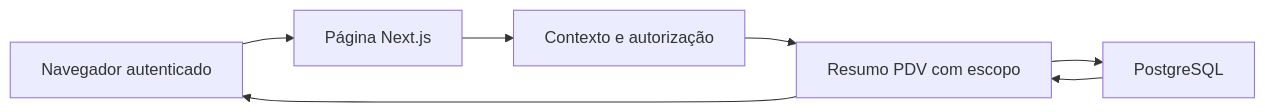
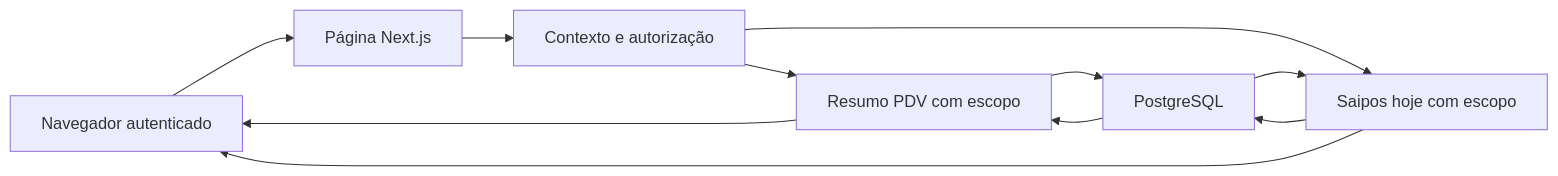
The diagram in docs/painel-operacao-threat-model.md (pablocdds-tech/tetteo), drawn with Mermaid before and after one commit. The commit also changed other lines of this file and 7 other files, not shown here.

Commit message:
feat(painel): acompanhar vendas Saipos do turno de hoje

````diff
--- a/docs/painel-operacao-threat-model.md
+++ b/docs/painel-operacao-threat-model.md
@@ -29,9 +35,13 @@
 ```mermaid
 flowchart LR
   B["Navegador autenticado"] --> N["Página Next.js"]
   N --> C["Contexto e autorização"]
   C --> S["Resumo PDV com escopo"]
+  C --> A["Saipos hoje com escopo"]
   S --> D["PostgreSQL"]
+  A --> D
   D --> S
+  D --> A
   S --> B
+  A --> B
 ```
````
